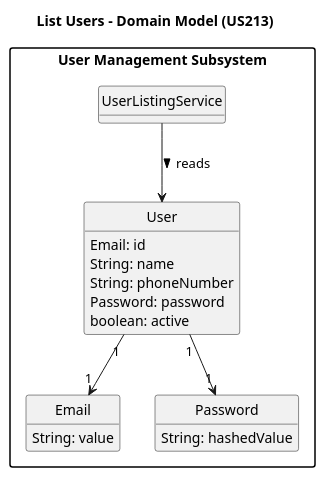
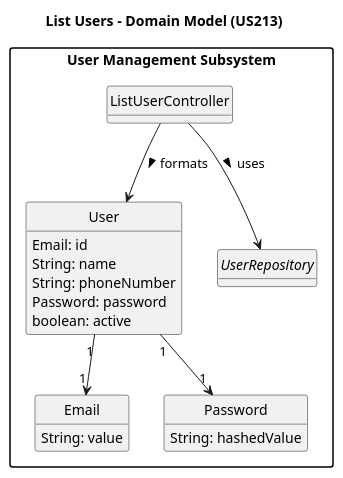
One commit to SAEmanuel/Shodrone_ISEP changed the diagram in docs/planning/sprint2/EAPLI/US213 - List Users/02.analysis/puml/us213-domain-model.puml. Above: the diagram before and after it, drawn with PlantUML. The commit also changed 9 other files, not shown here.

```diff
--- a/docs/planning/sprint2/EAPLI/US213 - List Users/02.analysis/puml/us213-domain-model.puml
+++ b/docs/planning/sprint2/EAPLI/US213 - List Users/02.analysis/puml/us213-domain-model.puml
@@ -1,39 +1,46 @@
 @startuml
 
 skinparam monochrome true
 skinparam packageStyle rectangle
 skinparam shadowing false
 
 title List Users - Domain Model (US213)
 
 hide circles
 hide methods
 
 package "User Management Subsystem" {
 
     class User {
         Email: id
         String: name
         String: phoneNumber
         Password: password
         boolean: active
     }
 
     class Email {
         String: value
     }
 
     class Password {
         String: hashedValue
     }
 
-    class UserListingService {
-        +listAllUsers(): List<User>
+    interface UserRepository {
+        +findAll(): List<User>
     }
 
-    UserListingService --> User : reads >
+    class ListUserController {
+        +getAllUsersWithStatus(): List<String>
+        +getAllUsers(): List<User>
+    }
+
+    ListUserController --> UserRepository : uses >
+    ListUserController --> User : formats >
+
     User "1" --> "1" Email
     User "1" --> "1" Password
 }
 
 @enduml
```
